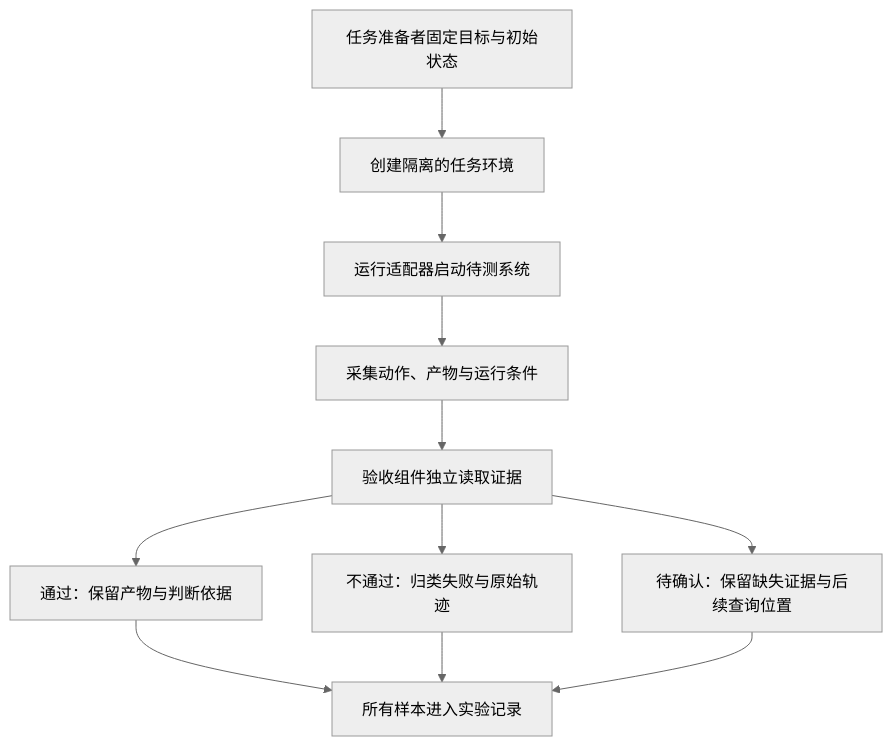
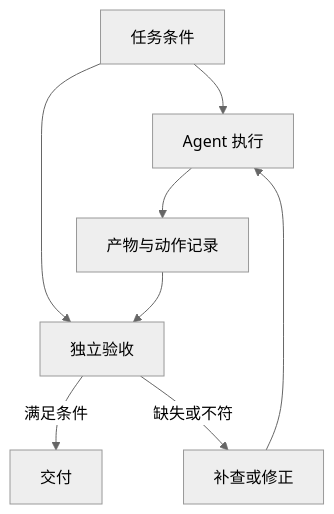
Before and after one commit to Mar-garet/agent-book: the first of 2 diagrams in book/22-evaluation-and-completion.md, drawn with Mermaid (neutral theme). The commit also changed other lines of this file and 47 other files, not shown here.

````diff
--- a/book/22-evaluation-and-completion.md
+++ b/book/22-evaluation-and-completion.md
@@ -114,14 +15,11 @@
 ```mermaid
-%% 建议的评测链：任务条件与验收依据提前固定
+%% 执行者交付结果，验收者判断是否合格
 flowchart TD
-    T[任务准备者固定目标与初始状态] --> E[创建隔离的任务环境]
-    E --> A[运行适配器启动待测系统]
-    A --> C[采集动作、产物与运行条件]
-    C --> V[验收组件独立读取证据]
-    V --> P[通过：保留产物与判断依据]
-    V --> F[不通过：归类失败与原始轨迹]
-    V --> U[待确认：保留缺失证据与后续查询位置]
-    P --> R[所有样本进入实验记录]
-    F --> R
-    U --> R
+    T[任务条件] --> E[Agent 执行]
+    T --> V[独立验收]
+    E --> R[产物与动作记录]
+    R --> V
+    V -->|满足条件| D[交付]
+    V -->|缺失或不符| F[补查或修正]
+    F --> E
 ```
````
